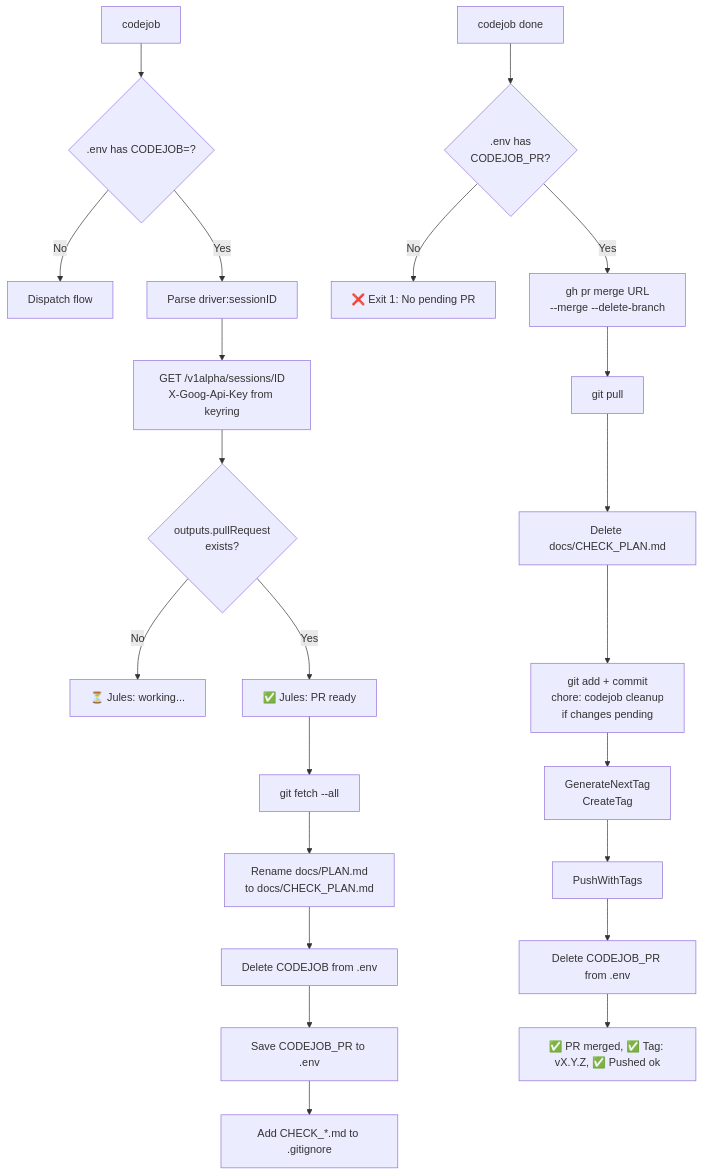
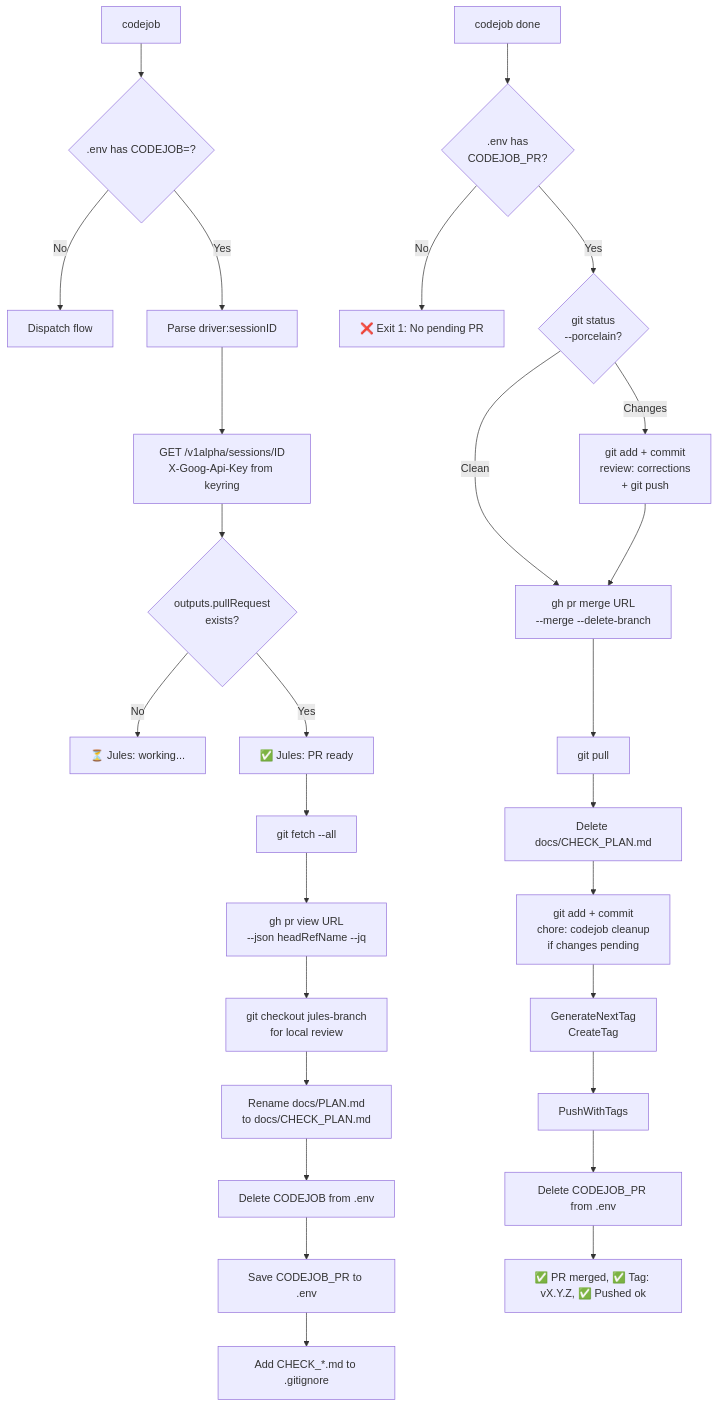
The diagram in docs/codejob/diagrams/CODEJOB_STATE_FLOW.md (tinywasm/devflow), drawn with Mermaid before and after one commit. The commit also changed 3 other files, not shown here.

````diff
--- a/docs/codejob/diagrams/CODEJOB_STATE_FLOW.md
+++ b/docs/codejob/diagrams/CODEJOB_STATE_FLOW.md
@@ -1,26 +1,31 @@
 ```mermaid
 flowchart TD
     A[codejob] --> B{.env has CODEJOB=?}
     B -->|No| C[Dispatch flow]
     B -->|Yes| D[Parse driver:sessionID]
     D --> E[GET /v1alpha/sessions/ID<br/>X-Goog-Api-Key from keyring]
     E --> F{outputs.pullRequest<br/>exists?}
     F -->|No| G[⏳ Jules: working...]
     F -->|Yes| H[✅ Jules: PR ready]
     H --> I[git fetch --all]
-    I --> J[Rename docs/PLAN.md<br/>to docs/CHECK_PLAN.md]
+    I --> BRANCH[gh pr view URL<br/>--json headRefName --jq]
+    BRANCH --> CHECKOUT[git checkout jules-branch<br/>for local review]
+    CHECKOUT --> J[Rename docs/PLAN.md<br/>to docs/CHECK_PLAN.md]
     J --> K[Delete CODEJOB from .env]
     K --> L[Save CODEJOB_PR to .env]
     L --> M[Add CHECK_*.md to .gitignore]
 
     DONE[codejob done] --> PR_CHECK{.env has<br/>CODEJOB_PR?}
     PR_CHECK -->|No| ERROR[❌ Exit 1: No pending PR]
-    PR_CHECK -->|Yes| MERGE[gh pr merge URL<br/>--merge --delete-branch]
+    PR_CHECK -->|Yes| DIRTY{git status<br/>--porcelain?}
+    DIRTY -->|Changes| COMMIT_PRE[git add + commit<br/>review: corrections<br/>+ git push]
+    DIRTY -->|Clean| MERGE
+    COMMIT_PRE --> MERGE[gh pr merge URL<br/>--merge --delete-branch]
     MERGE --> PULL[git pull]
     PULL --> DEL[Delete docs/CHECK_PLAN.md]
     DEL --> COMMIT[git add + commit<br/>chore: codejob cleanup<br/>if changes pending]
     COMMIT --> TAG[GenerateNextTag<br/>CreateTag]
     TAG --> PUSH[PushWithTags]
     PUSH --> CLEAN[Delete CODEJOB_PR from .env]
     CLEAN --> RESULT[✅ PR merged, ✅ Tag: vX.Y.Z, ✅ Pushed ok]
 ```
````
